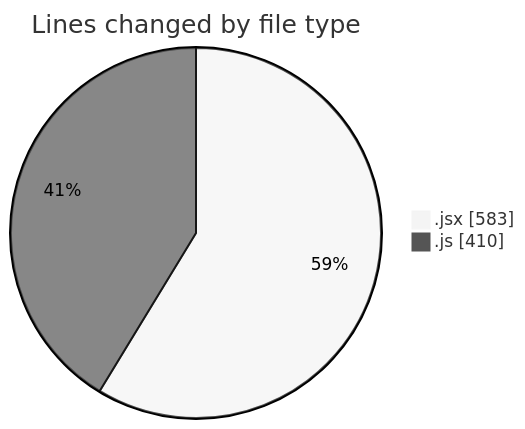
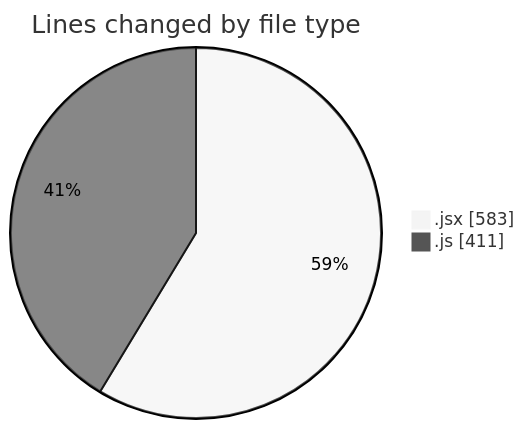
One commit to nxtqubesakshisongat/code-tracking changed the first of 2 diagrams in 2025-11-05/nxtqube_webapp/README.md. Above: the diagram before and after it, drawn with Mermaid (neutral theme). The commit also changed other lines of this file and 1 other file, not shown here.

````diff
--- a/2025-11-05/nxtqube_webapp/README.md
+++ b/2025-11-05/nxtqube_webapp/README.md
@@ -25,6 +25,6 @@
 ```mermaid
 pie showData
 title Lines changed by file type
 ".jsx" : 583
-".js" : 410
+".js" : 411
 ```
````
